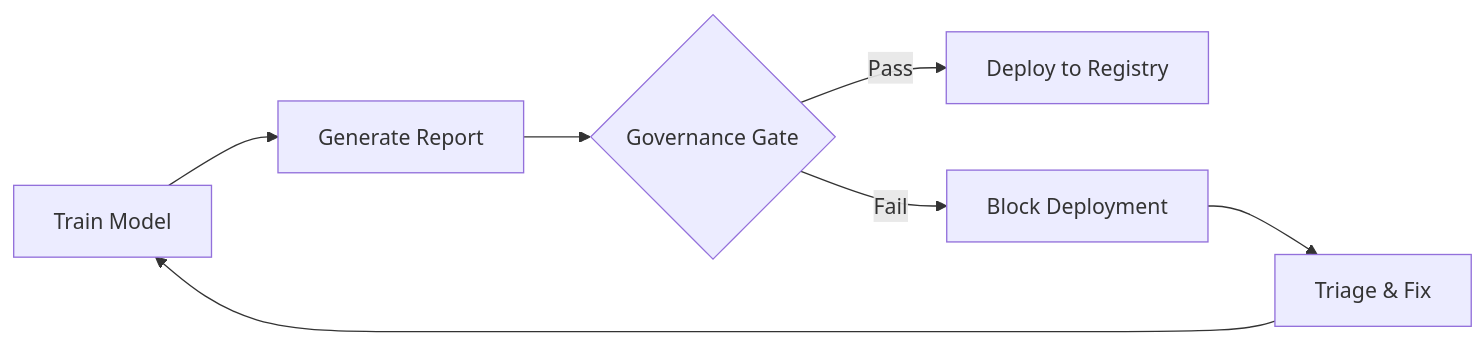
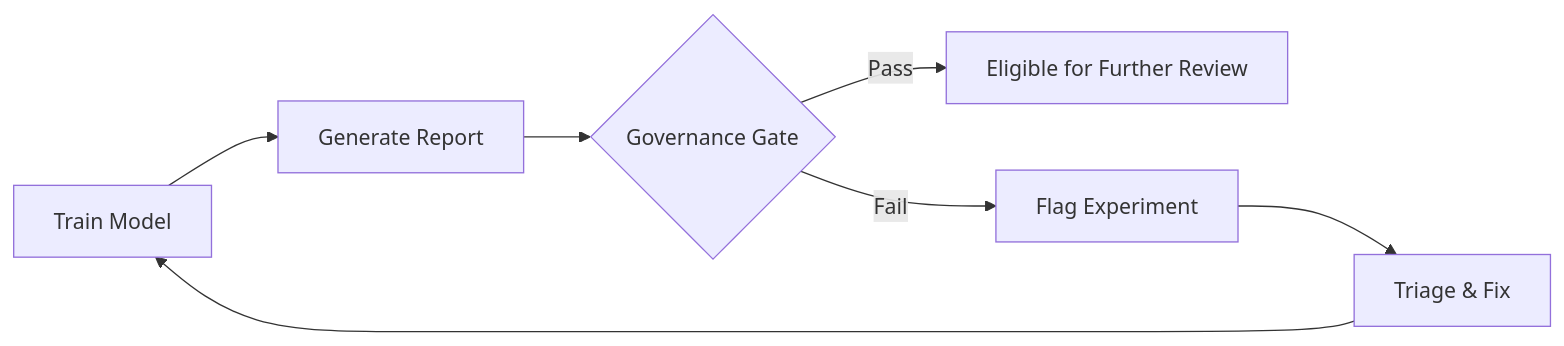
One commit to VillaforTech/Fairness-Aware-Candidate-Pre-Screening changed the first of 2 diagrams in docs/governance.md. Above: the diagram before and after it, drawn with Mermaid. The commit also changed other lines of this file and 19 other files, not shown here.

````diff
--- a/docs/governance.md
+++ b/docs/governance.md
@@ -20,9 +22,9 @@
 ```mermaid
 flowchart LR
     A[Train Model] --> B[Generate Report]
     B --> C{Governance Gate}
-    C -->|Pass| D[Deploy to Registry]
-    C -->|Fail| E[Block Deployment]
+    C -->|Pass| D[Eligible for Further Review]
+    C -->|Fail| E[Flag Experiment]
     E --> F[Triage & Fix]
     F --> A
 ```
````
